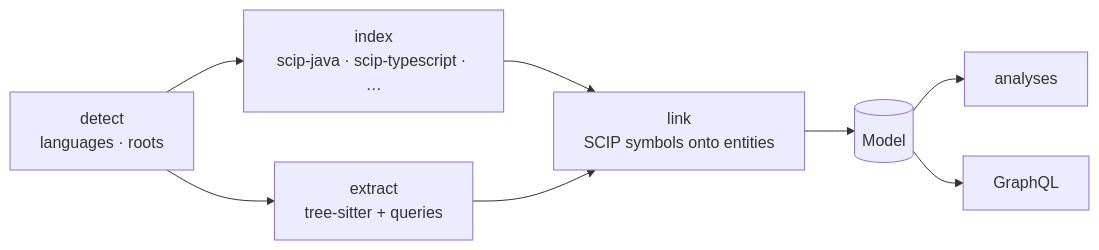
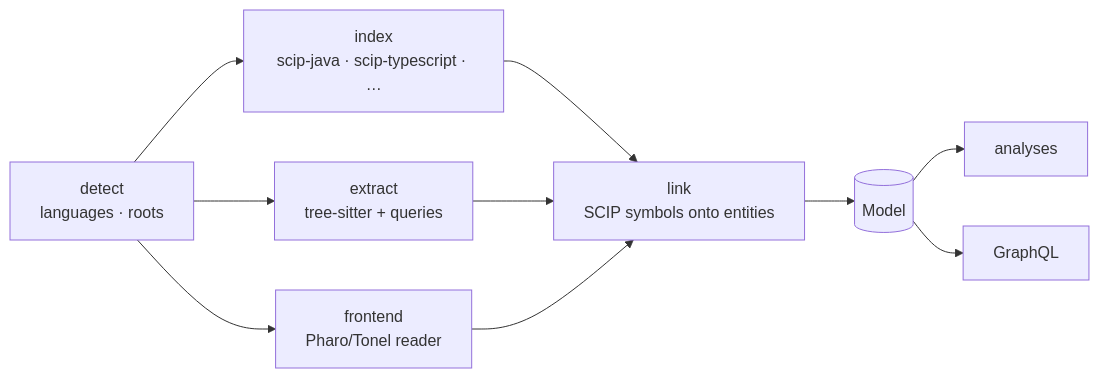
The diagram in README.md (badetitou/Model), drawn with Mermaid before and after one commit. The commit also changed other lines of this file and 13 other files, not shown here.

First line of the commit message:
pharo: add direct Tonel frontend

````diff
--- a/README.md
+++ b/README.md
@@ -65,16 +67,18 @@
 ```mermaid
 flowchart LR
   D["detect<br/>languages · roots"]
   I["index<br/>scip-java · scip-typescript · …"]
   E["extract<br/>tree-sitter + queries"]
+  F["frontend<br/>Pharo/Tonel reader"]
   L["link<br/>SCIP symbols onto entities"]
   M[("Model")]
   A["analyses"]
   G["GraphQL"]
 
   D --> I --> L
   D --> E --> L
+  D --> F --> L
   L --> M
   M --> A
   M --> G
 ```
````
